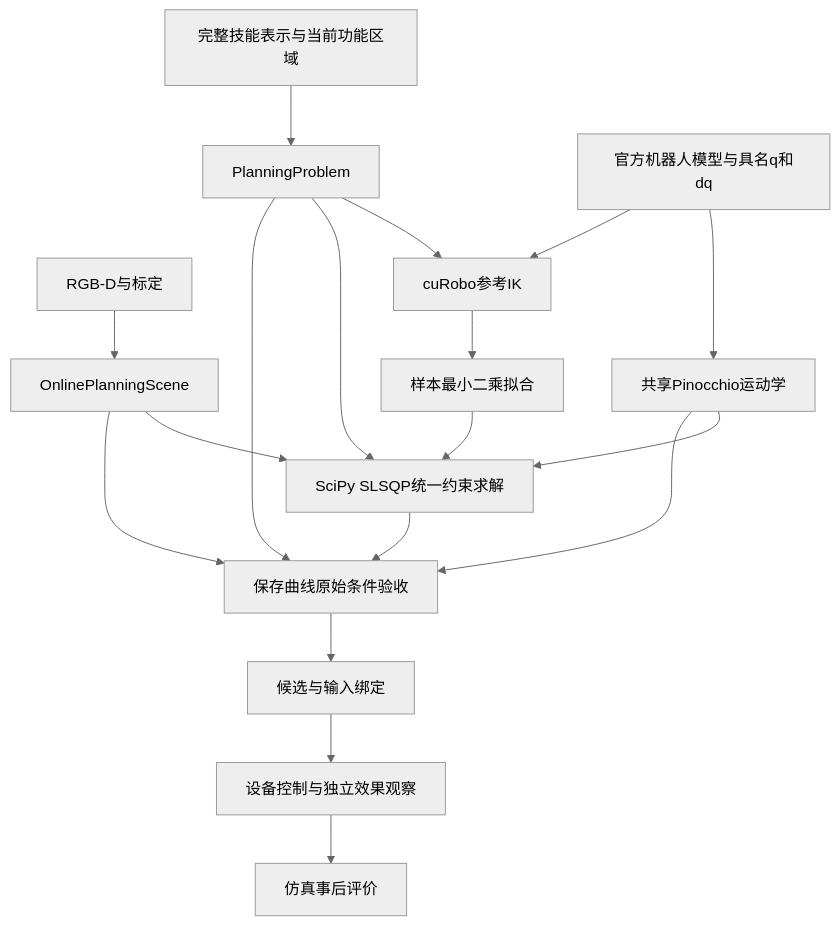
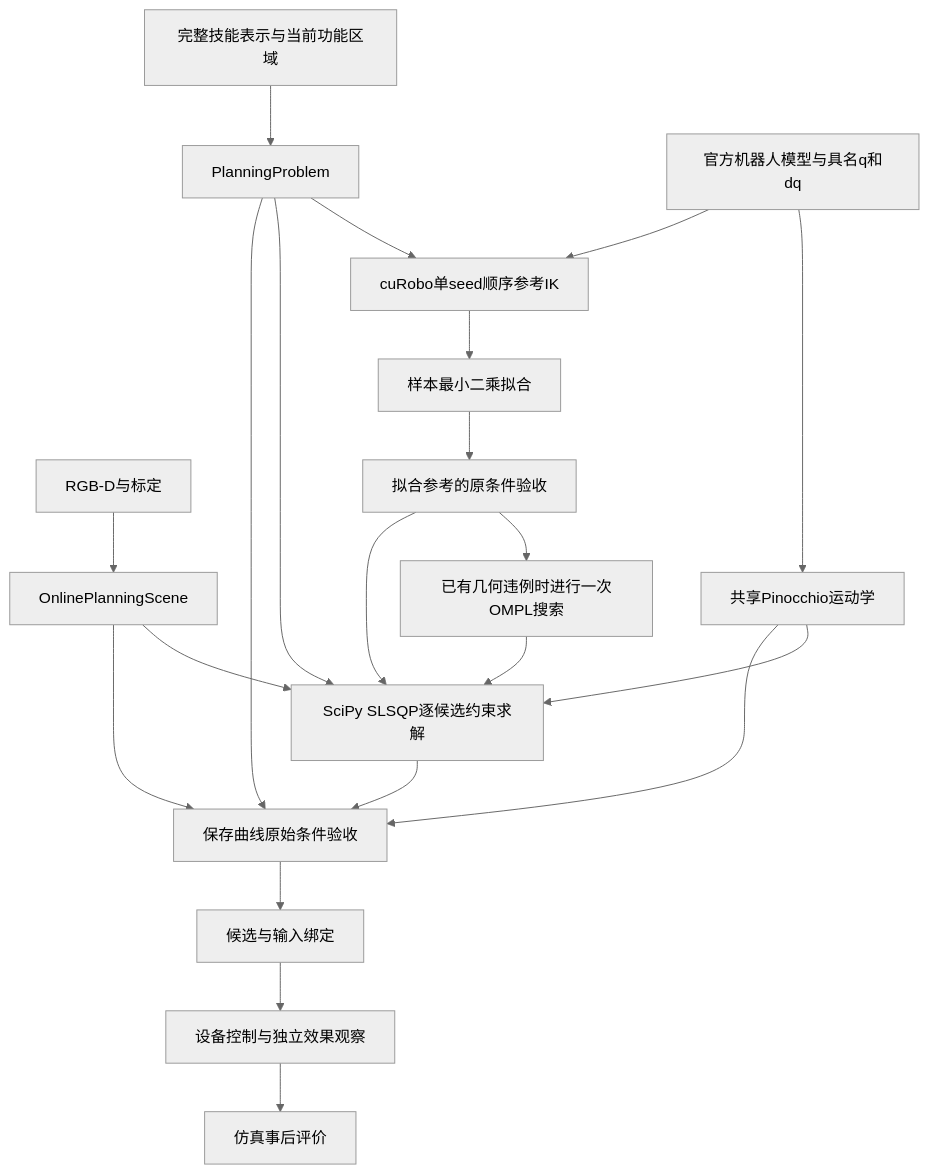
Before and after one commit to illusionaryshelter/FUNCTO_public: the diagram in PLANNER_ARCHITECTURE.md, drawn with Mermaid (neutral theme). The commit also changed other lines of this file and 90 other files, not shown here.

````diff
--- a/PLANNER_ARCHITECTURE.md
+++ b/PLANNER_ARCHITECTURE.md
@@ -20,20 +20,23 @@
 ```mermaid
 flowchart TD
  S[完整技能表示与当前功能区域] --> P[PlanningProblem]
  D[RGB-D与标定] --> C[OnlinePlanningScene]
  R[官方机器人模型与具名q和dq] --> F[共享Pinocchio运动学]
- R --> I[cuRobo参考IK]
+ R --> I[cuRobo单seed顺序参考IK]
  P --> I
  I --> L[样本最小二乘拟合]
- L --> O[SciPy SLSQP统一约束求解]
+ L --> V0[拟合参考的原条件验收]
+ V0 --> G[已有几何违例时进行一次OMPL搜索]
+ V0 --> O[SciPy SLSQP逐候选约束求解]
+ G --> O
  P --> O
  C --> O
  F --> O
  O --> V[保存曲线原始条件验收]
  C --> V
  P --> V
  F --> V
  V --> B[候选与输入绑定]
  B --> E[设备控制与独立效果观察]
  E --> A[仿真事后评价]
 ```
````
